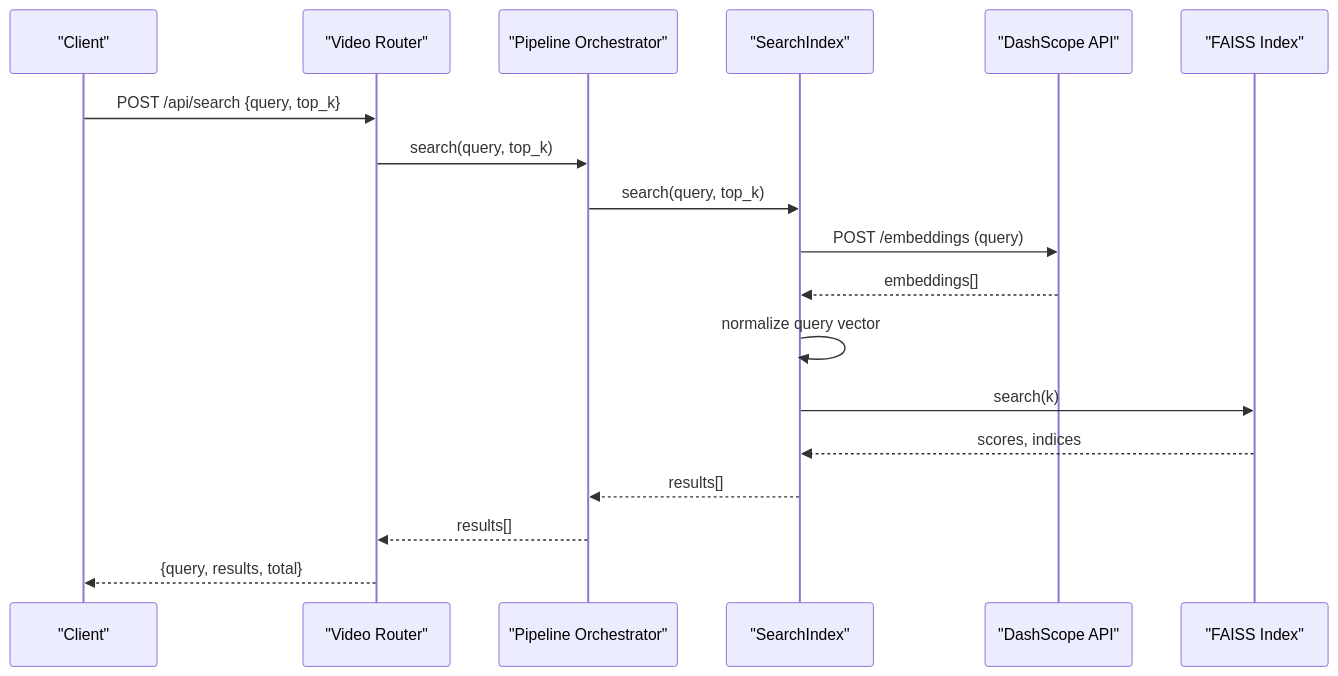
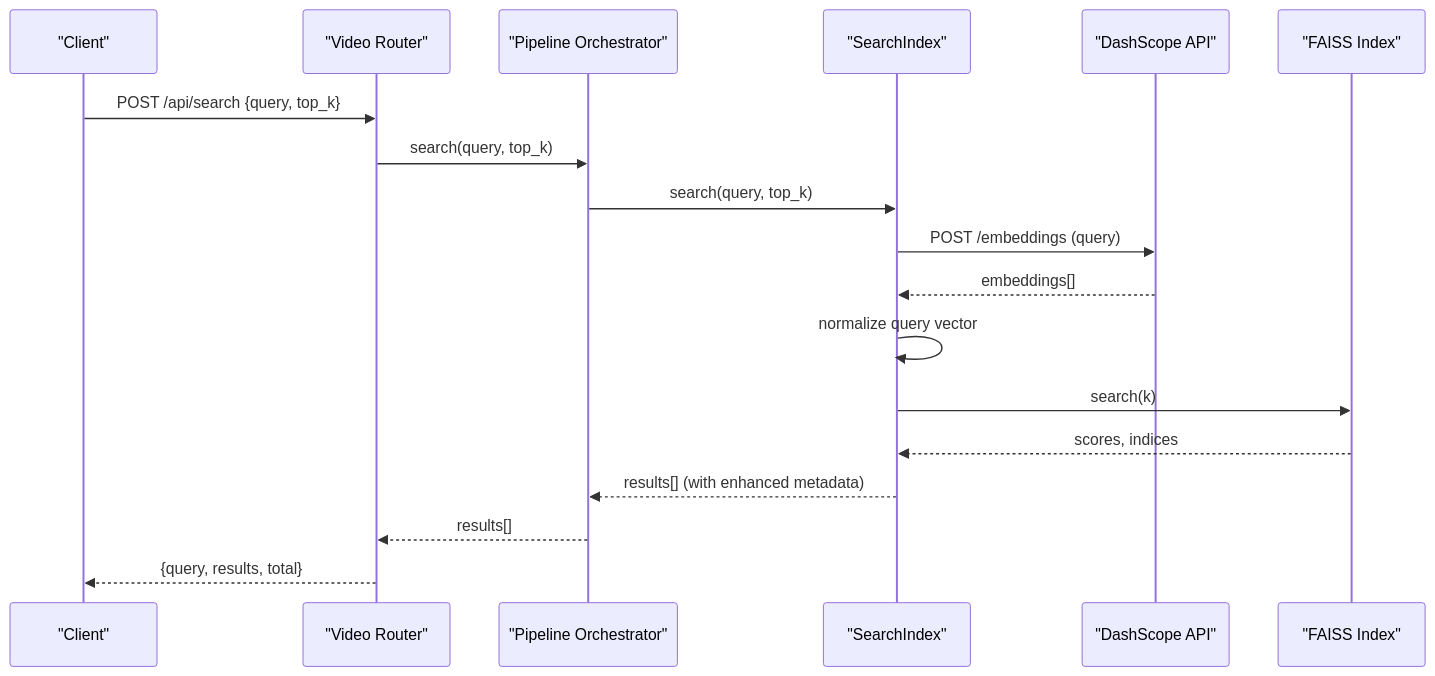
One commit to alexandreybasta-cyber/dubai-media-ai changed the second of 9 diagrams in .qoder/repowiki/en/content/Intelligent Search System.md. Above: the diagram before and after it, drawn with Mermaid. The commit also changed other lines of this file and 54 other files, not shown here.

````diff
--- a/.qoder/repowiki/en/content/Intelligent Search System.md
+++ b/.qoder/repowiki/en/content/Intelligent Search System.md
@@ -91,20 +107,20 @@
 ```mermaid
 sequenceDiagram
 participant Client as "Client"
 participant Router as "Video Router"
 participant Orchestrator as "Pipeline Orchestrator"
 participant SearchIndex as "SearchIndex"
 participant DashScope as "DashScope API"
 participant FAISS as "FAISS Index"
 Client->>Router : POST /api/search {query, top_k}
 Router->>Orchestrator : search(query, top_k)
 Orchestrator->>SearchIndex : search(query, top_k)
 SearchIndex->>DashScope : POST /embeddings (query)
 DashScope-->>SearchIndex : embeddings[]
 SearchIndex->>SearchIndex : normalize query vector
 SearchIndex->>FAISS : search(k)
 FAISS-->>SearchIndex : scores, indices
-SearchIndex-->>Orchestrator : results[]
+SearchIndex-->>Orchestrator : results[] (with enhanced metadata)
 Orchestrator-->>Router : results[]
 Router-->>Client : {query, results, total}
 ```
````
